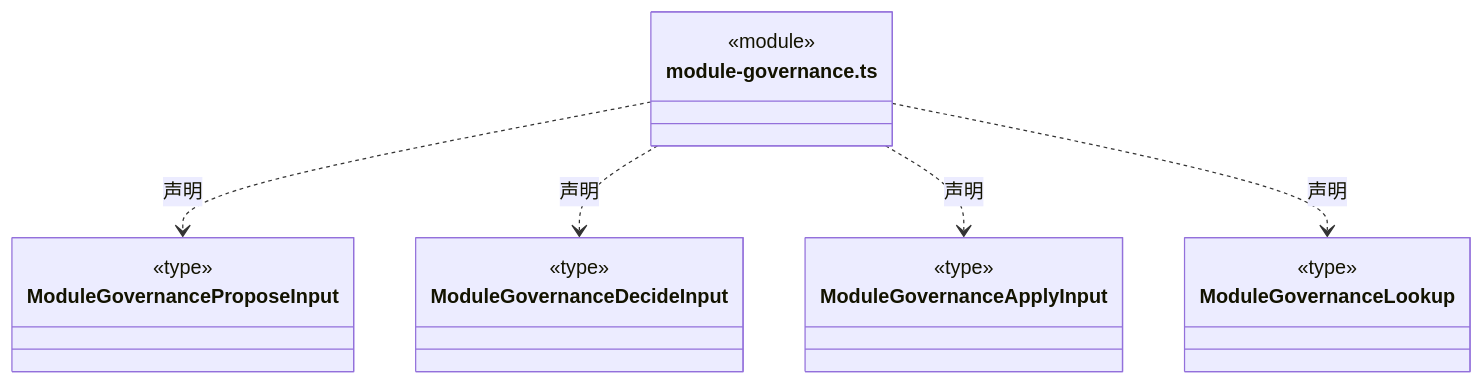
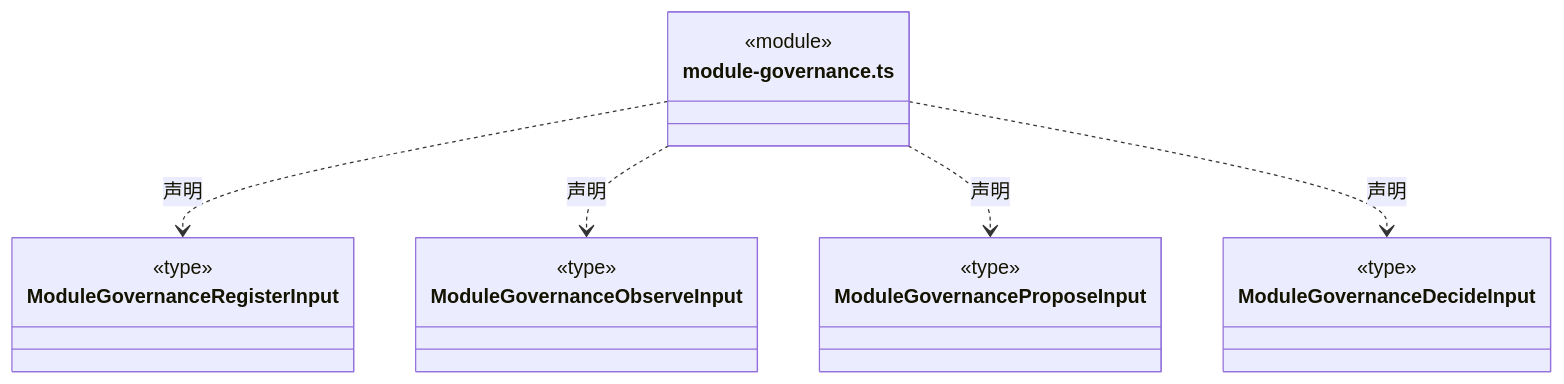
One commit to nan023062/cbim changed the tenth of 13 diagrams in src/backend/core/governance/ARCHITECTURE.md. Above: the diagram before and after it, drawn with Mermaid. The commit also changed other lines of this file and 53 other files, not shown here.

````diff
--- a/src/backend/core/governance/ARCHITECTURE.md
+++ b/src/backend/core/governance/ARCHITECTURE.md
@@ -161,26 +264,26 @@
 ```mermaid
 classDiagram
 class N_src_backend_core_governance_module_governance_ts["module-governance.ts"] {
   <<module>>
 }
+class N_src_backend_core_governance_module_governance_ts_ModuleGovernanceRegisterInput["ModuleGovernanceRegisterInput"] {
+  <<type>>
+
+}
+N_src_backend_core_governance_module_governance_ts ..> N_src_backend_core_governance_module_governance_ts_ModuleGovernanceRegisterInput : 声明
+class N_src_backend_core_governance_module_governance_ts_ModuleGovernanceObserveInput["ModuleGovernanceObserveInput"] {
+  <<type>>
+
+}
+N_src_backend_core_governance_module_governance_ts ..> N_src_backend_core_governance_module_governance_ts_ModuleGovernanceObserveInput : 声明
 class N_src_backend_core_governance_module_governance_ts_ModuleGovernanceProposeInput["ModuleGovernanceProposeInput"] {
   <<type>>
 
 }
 N_src_backend_core_governance_module_governance_ts ..> N_src_backend_core_governance_module_governance_ts_ModuleGovernanceProposeInput : 声明
 class N_src_backend_core_governance_module_governance_ts_ModuleGovernanceDecideInput["ModuleGovernanceDecideInput"] {
   <<type>>
 
 }
 N_src_backend_core_governance_module_governance_ts ..> N_src_backend_core_governance_module_governance_ts_ModuleGovernanceDecideInput : 声明
-class N_src_backend_core_governance_module_governance_ts_ModuleGovernanceApplyInput["ModuleGovernanceApplyInput"] {
-  <<type>>
-
-}
-N_src_backend_core_governance_module_governance_ts ..> N_src_backend_core_governance_module_governance_ts_ModuleGovernanceApplyInput : 声明
-class N_src_backend_core_governance_module_governance_ts_ModuleGovernanceLookup["ModuleGovernanceLookup"] {
-  <<type>>
-
-}
-N_src_backend_core_governance_module_governance_ts ..> N_src_backend_core_governance_module_governance_ts_ModuleGovernanceLookup : 声明
 ```
````
